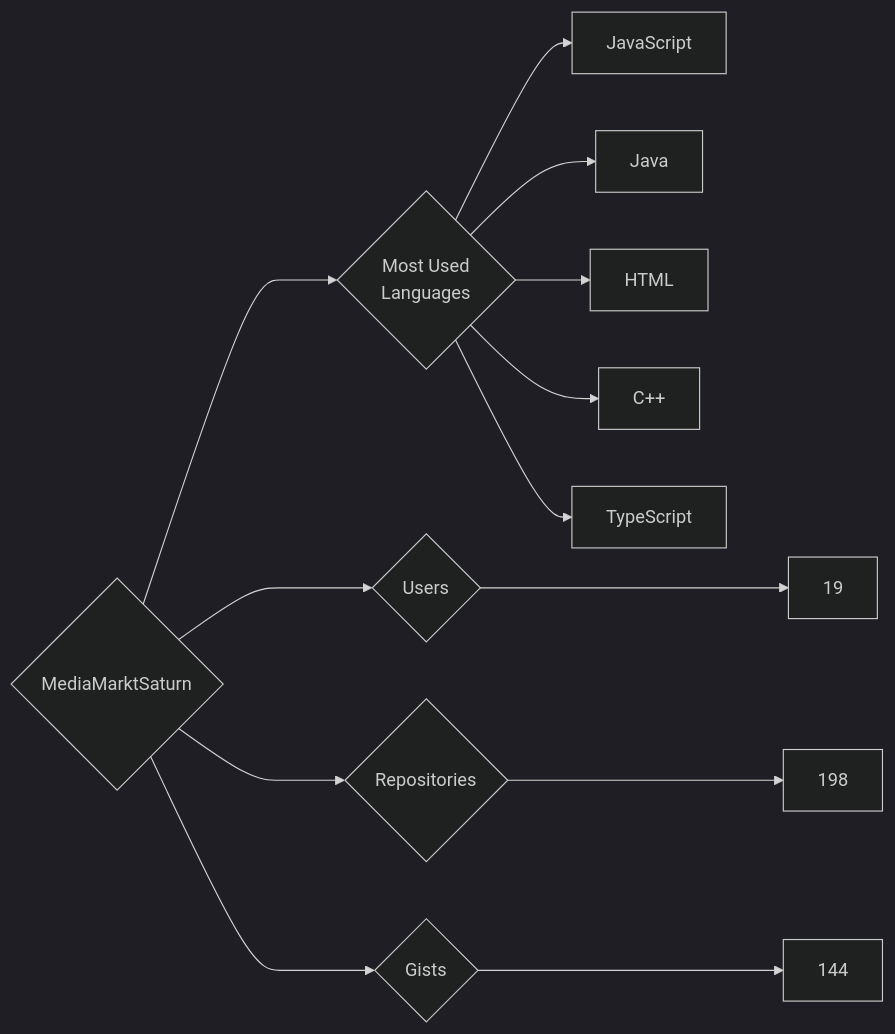
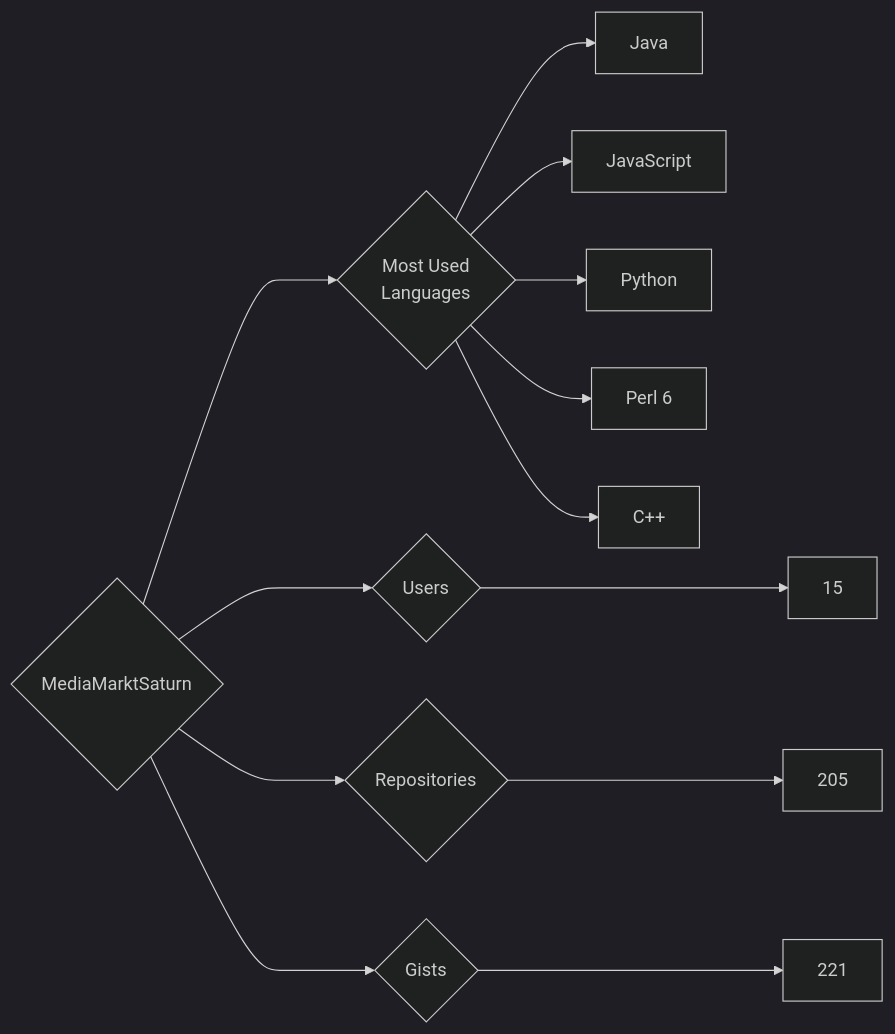
One commit to trickest/insiders changed the diagram in targets/MediaMarktSaturn/README.md. Above: the diagram before and after it, drawn with Mermaid (dark theme). The commit also changed 973 other files, not shown here.

````diff
--- a/targets/MediaMarktSaturn/README.md
+++ b/targets/MediaMarktSaturn/README.md
@@ -3,13 +3,13 @@
 ```mermaid
 graph LR
 COMPANY_NAME{MediaMarktSaturn}
-COMPANY_NAME ---> U{Users} ---> UN[19]
-COMPANY_NAME ---> R{Repositories} ---> RN[198]
-COMPANY_NAME ---> G{Gists} ---> GN[144]
+COMPANY_NAME ---> U{Users} ---> UN[15]
+COMPANY_NAME ---> R{Repositories} ---> RN[205]
+COMPANY_NAME ---> G{Gists} ---> GN[221]
 COMPANY_NAME ---> ML{Most Used<br>Languages}
+ML --> Java[Java]
 ML --> JavaScript[JavaScript]
-ML --> Java[Java]
-ML --> HTML[HTML]
+ML --> Python[Python]
+ML --> Perl_6[Perl 6]
 ML --> C++[C++]
-ML --> TypeScript[TypeScript]
 ```
````
